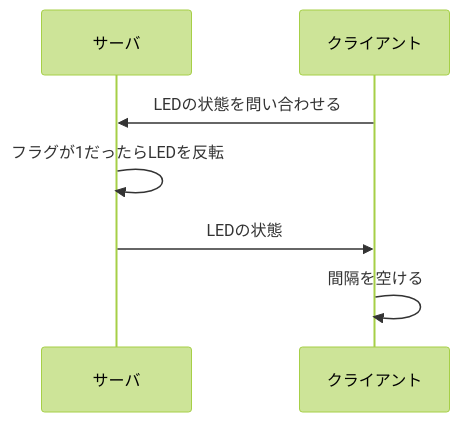
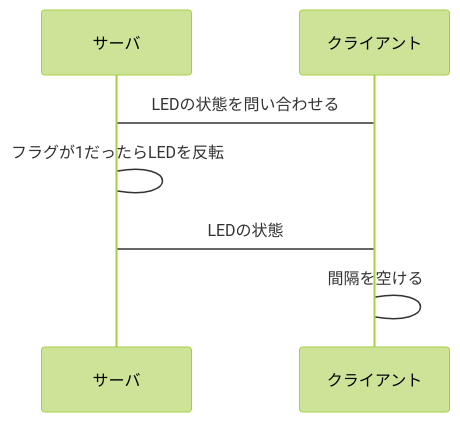
One commit to asa1729/webpro_06 changed the fifth of 5 diagrams in README.md. Above: the diagram before and after it, drawn with Mermaid (forest theme).

````diff
--- a/README.md
+++ b/README.md
@@ -298,12 +298,12 @@
 ```mermaid
 sequenceDiagram
     participant A as サーバ
     participant B as クライアント
 
 
-    B->>A: LEDの状態を問い合わせる
-    A->>A: フラグが1だったらLEDを反転
-    A->>B: LEDの状態
-    B->>B: 間隔を空ける
+    B->A: LEDの状態を問い合わせる
+    A->A: フラグが1だったらLEDを反転
+    A->B: LEDの状態
+    B->B: 間隔を空ける
 
 ```
````
